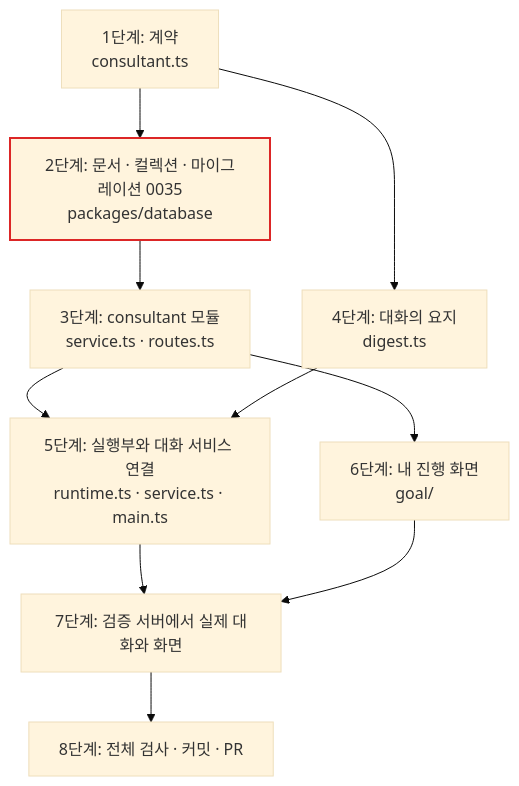
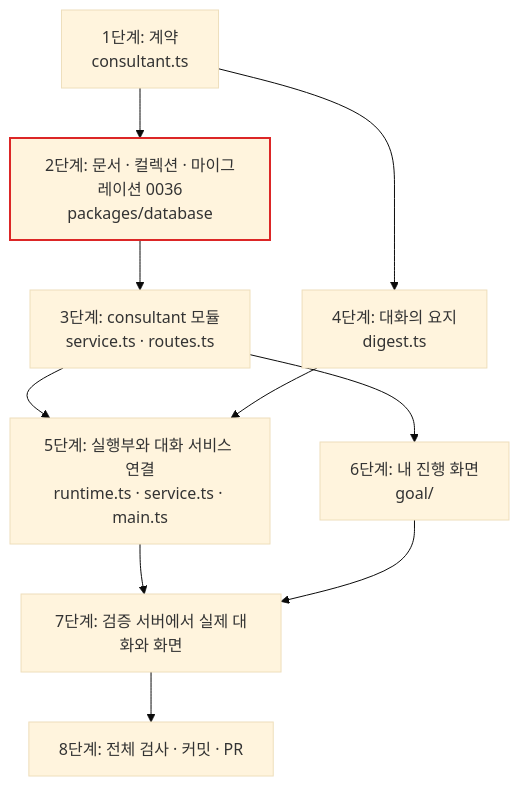
Before and after one commit to Expresso-Organization/expresso: the diagram in .intent/plan_consultant-memory.md, drawn with Mermaid (base theme). The commit also changed other lines of this file and 5 other files, not shown here.

First line of the commit message:
chore: 기억(consultant_profiles) 마이그레이션 번호를 0036으로 옮기기

````diff
--- a/.intent/plan_consultant-memory.md
+++ b/.intent/plan_consultant-memory.md
@@ -34,13 +34,13 @@
 ```mermaid
 flowchart TD
-  A["1단계: 계약<br/>consultant.ts"] --> B["2단계: 문서 · 컬렉션 · 마이그레이션 0035<br/>packages/database"]:::risk
+  A["1단계: 계약<br/>consultant.ts"] --> B["2단계: 문서 · 컬렉션 · 마이그레이션 0036<br/>packages/database"]:::risk
   B --> C["3단계: consultant 모듈<br/>service.ts · routes.ts"]
   A --> D["4단계: 대화의 요지<br/>digest.ts"]
   C --> E["5단계: 실행부와 대화 서비스 연결<br/>runtime.ts · service.ts · main.ts"]
   D --> E
   C --> F["6단계: 내 진행 화면<br/>goal/"]
   E --> G["7단계: 검증 서버에서 실제 대화와 화면"]
   F --> G
   G --> H["8단계: 전체 검사 · 커밋 · PR"]
   classDef risk stroke:#dc2626,stroke-width:2px
 ```
````
